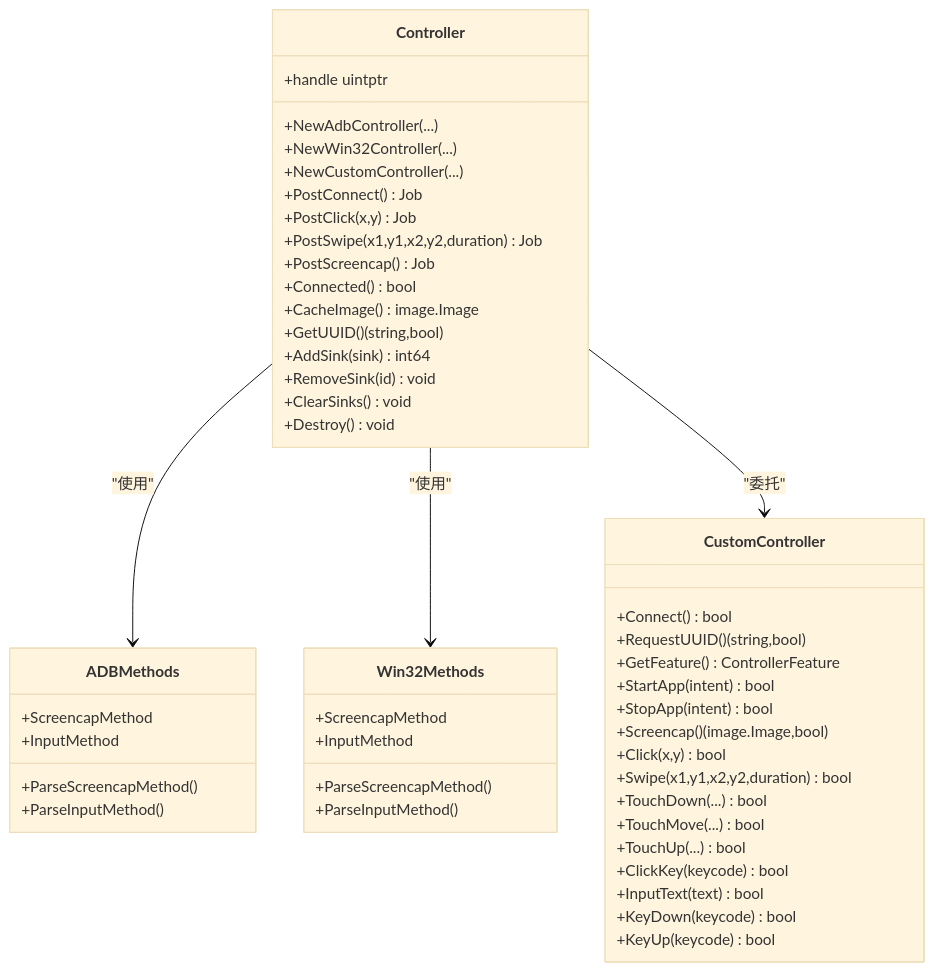
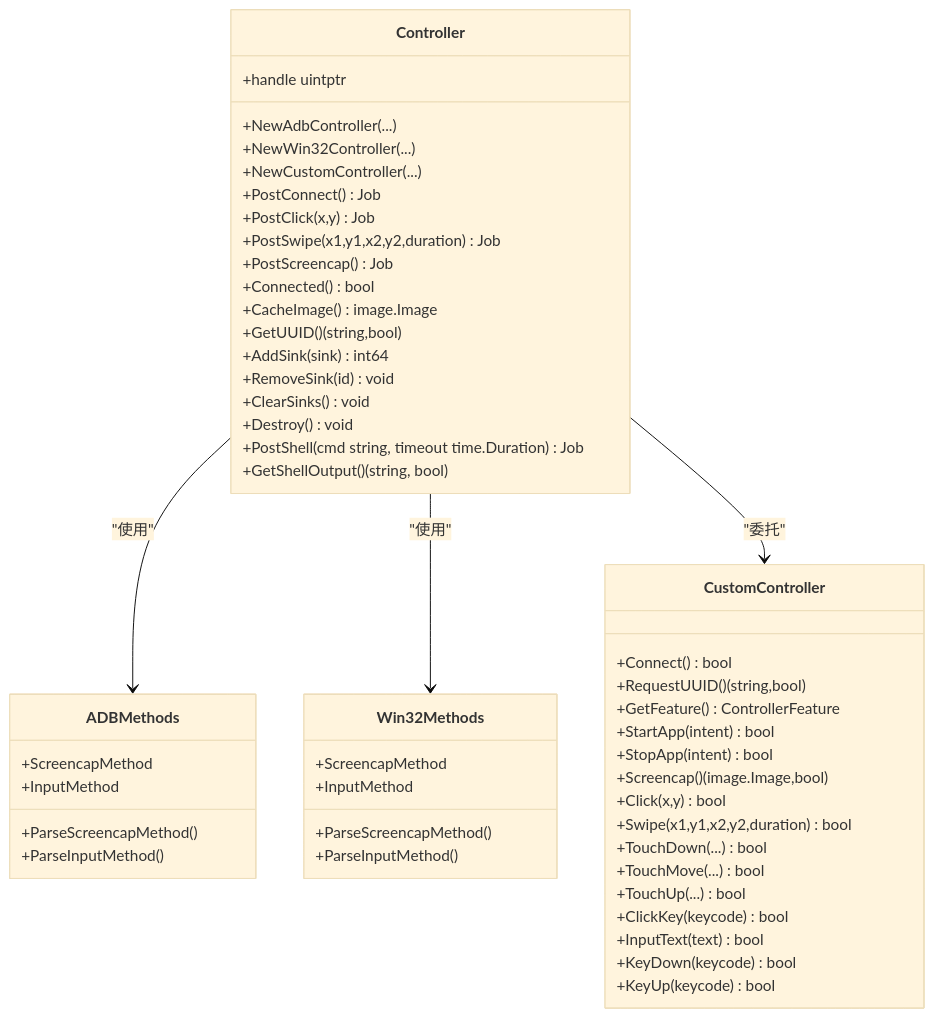
The third of 3 diagrams in instructions/maafw-golang/核心概念/控制器 (Controller).md (kqcoxn/MaaPipelineEditor), drawn with Mermaid (base theme) before and after one commit. The commit also changed other lines of this file and 5 other files, not shown here.

````diff
--- a/instructions/maafw-golang/核心概念/控制器 (Controller).md
+++ b/instructions/maafw-golang/核心概念/控制器 (Controller).md
@@ -245,52 +256,54 @@
 ```mermaid
 classDiagram
 class Controller {
 +handle uintptr
 +NewAdbController(...)
 +NewWin32Controller(...)
 +NewCustomController(...)
 +PostConnect() Job
 +PostClick(x,y) Job
 +PostSwipe(x1,y1,x2,y2,duration) Job
 +PostScreencap() Job
 +Connected() bool
 +CacheImage() image.Image
 +GetUUID() (string,bool)
 +AddSink(sink) int64
 +RemoveSink(id) void
 +ClearSinks() void
 +Destroy() void
++PostShell(cmd string, timeout time.Duration) Job
++GetShellOutput() (string, bool)
 }
 class ADBMethods {
 +ScreencapMethod
 +InputMethod
 +ParseScreencapMethod()
 +ParseInputMethod()
 }
 class Win32Methods {
 +ScreencapMethod
 +InputMethod
 +ParseScreencapMethod()
 +ParseInputMethod()
 }
 class CustomController {
 +Connect() bool
 +RequestUUID() (string,bool)
 +GetFeature() ControllerFeature
 +StartApp(intent) bool
 +StopApp(intent) bool
 +Screencap() (image.Image,bool)
 +Click(x,y) bool
 +Swipe(x1,y1,x2,y2,duration) bool
 +TouchDown(...) bool
 +TouchMove(...) bool
 +TouchUp(...) bool
 +ClickKey(keycode) bool
 +InputText(text) bool
 +KeyDown(keycode) bool
 +KeyUp(keycode) bool
 }
 Controller --> ADBMethods : "使用"
 Controller --> Win32Methods : "使用"
 Controller --> CustomController : "委托"
 ```
````
